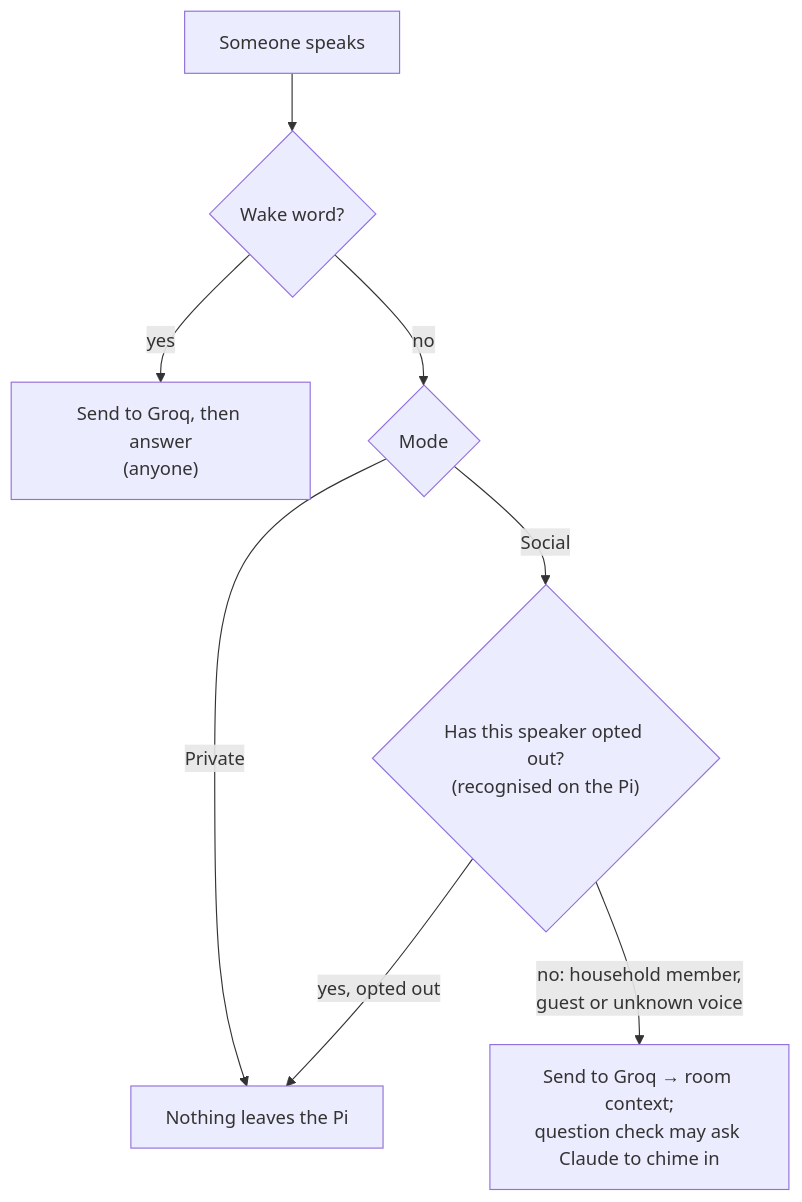
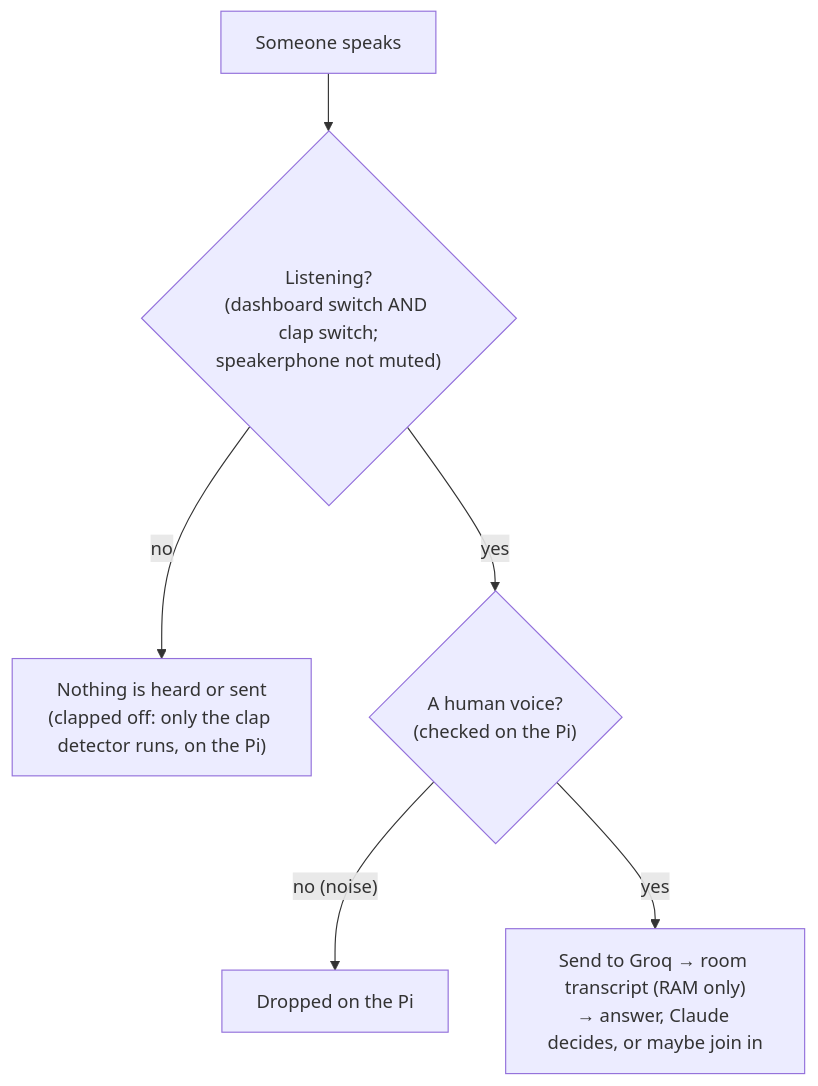
Before and after one commit to LandenHeine17/pip: the third of 3 diagrams in docs/ARCHITECTURE.md, drawn with Mermaid. The commit also changed other lines of this file and 25 other files, not shown here.

````diff
--- a/docs/ARCHITECTURE.md
+++ b/docs/ARCHITECTURE.md
@@ -114,10 +114,8 @@
 ```mermaid
 flowchart TD
-    S["Someone speaks"] --> W{"Wake word?"}
-    W -- yes --> UP["Send to Groq, then answer<br/>(anyone)"]
-    W -- no --> M{"Mode"}
-    M -- Private --> DROP["Nothing leaves the Pi"]
-    M -- Social --> ID{"Has this speaker opted out?<br/>(recognised on the Pi)"}
-    ID -- "no: household member,<br/>guest or unknown voice" --> ROOM["Send to Groq → room context;<br/>question check may ask Claude to chime in"]
-    ID -- "yes, opted out" --> DROP
+    S["Someone speaks"] --> L{"Listening?<br/>(dashboard switch AND clap switch;<br/>speakerphone not muted)"}
+    L -- "no" --> DROP["Nothing is heard or sent<br/>(clapped off: only the clap detector runs, on the Pi)"]
+    L -- "yes" --> V{"A human voice?<br/>(checked on the Pi)"}
+    V -- "no (noise)" --> DROP2["Dropped on the Pi"]
+    V -- "yes" --> UP["Send to Groq → room transcript (RAM only)<br/>→ answer, Claude decides, or maybe join in"]
 ```
````
